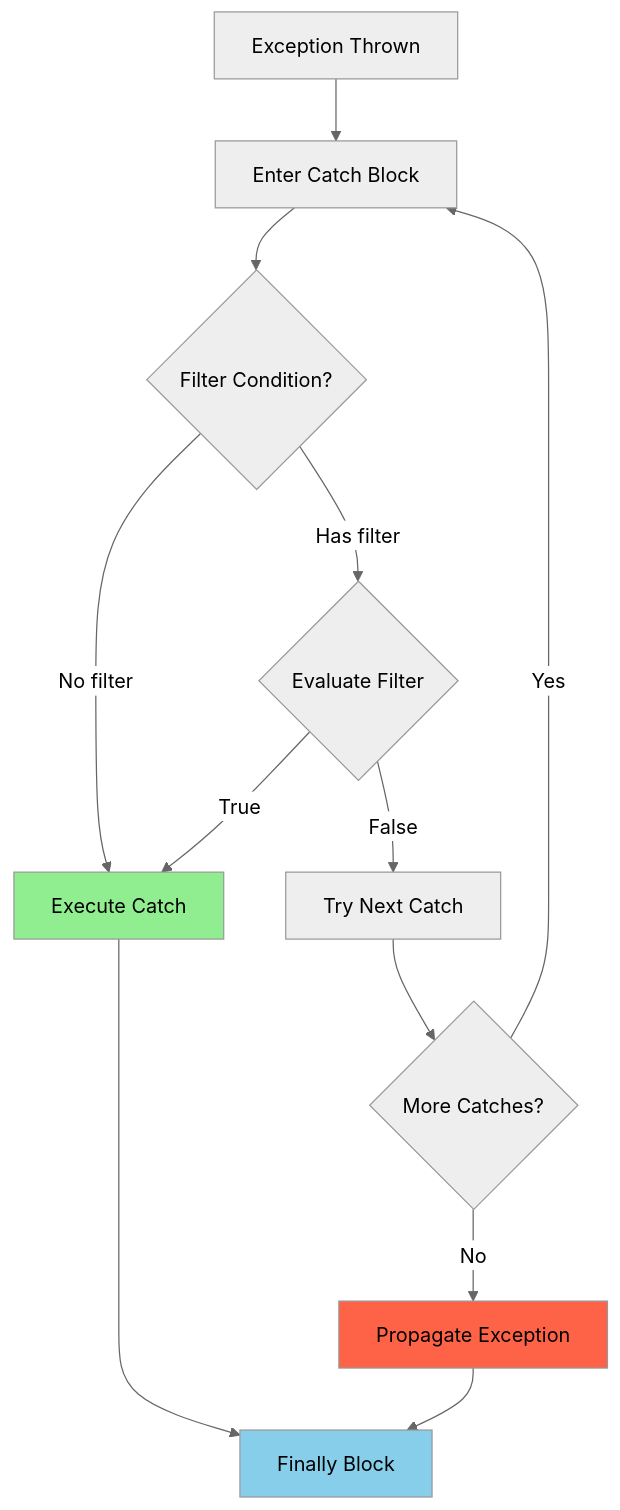
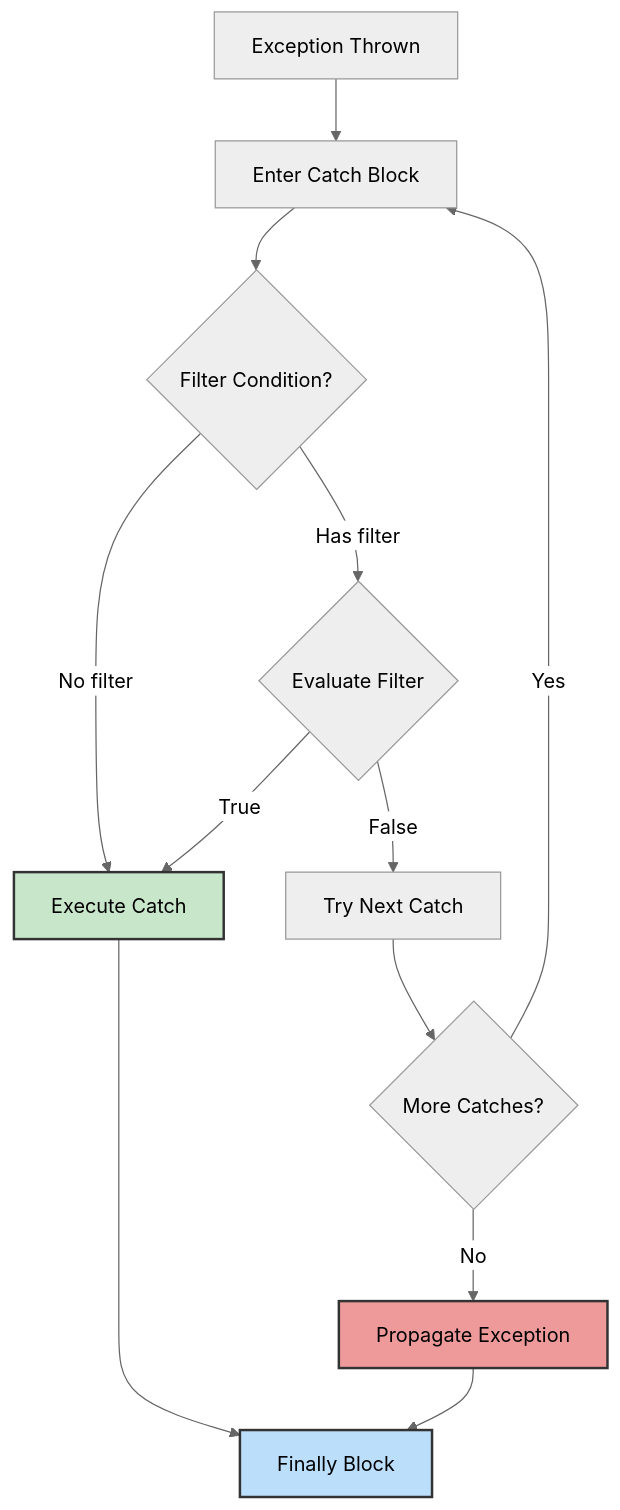
Before and after one commit to NguyenPhamCode4You/ai-home-lab-docker-compose: the fourth of 11 diagrams in C# fundamentals/day06-exceptions.md, drawn with Mermaid (neutral theme). The commit also changed other lines of this file and 10 other files, not shown here.

````diff
--- a/C# fundamentals/day06-exceptions.md
+++ b/C# fundamentals/day06-exceptions.md
@@ -279,22 +279,22 @@
 ```mermaid
 graph TD
     A[Exception Thrown] --> B[Enter Catch Block]
     B --> C{Filter Condition?}
 
     C -->|No filter| D[Execute Catch]
     C -->|Has filter| E{Evaluate Filter}
 
     E -->|True| D
     E -->|False| F[Try Next Catch]
 
     F --> G{More Catches?}
     G -->|Yes| B
     G -->|No| H[Propagate Exception]
 
     D --> I[Finally Block]
     H --> I
 
-    style D fill:#90EE90
-    style H fill:#FF6347
-    style I fill:#87CEEB
+    style D fill:#c8e6c9,stroke:#333,stroke-width:2px
+    style H fill:#ef9a9a,stroke:#333,stroke-width:2px
+    style I fill:#bbdefb,stroke:#333,stroke-width:2px
 ```
````
